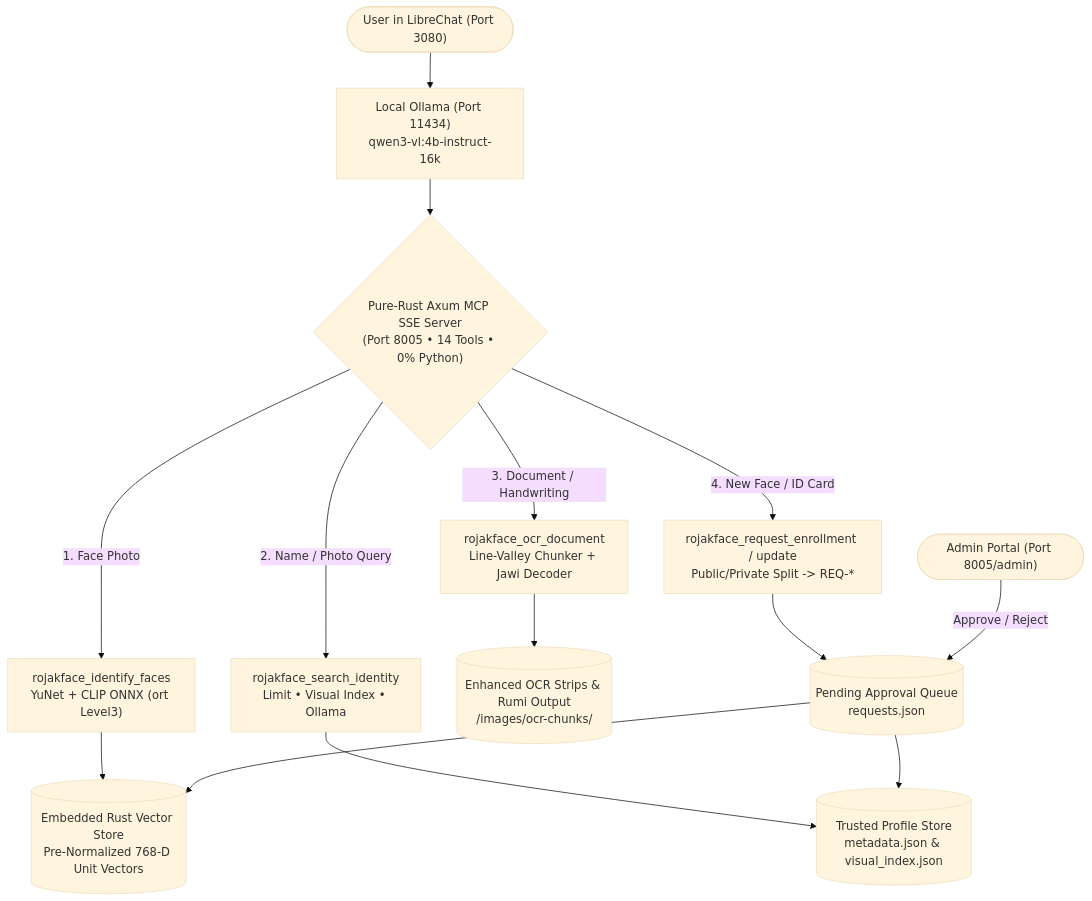
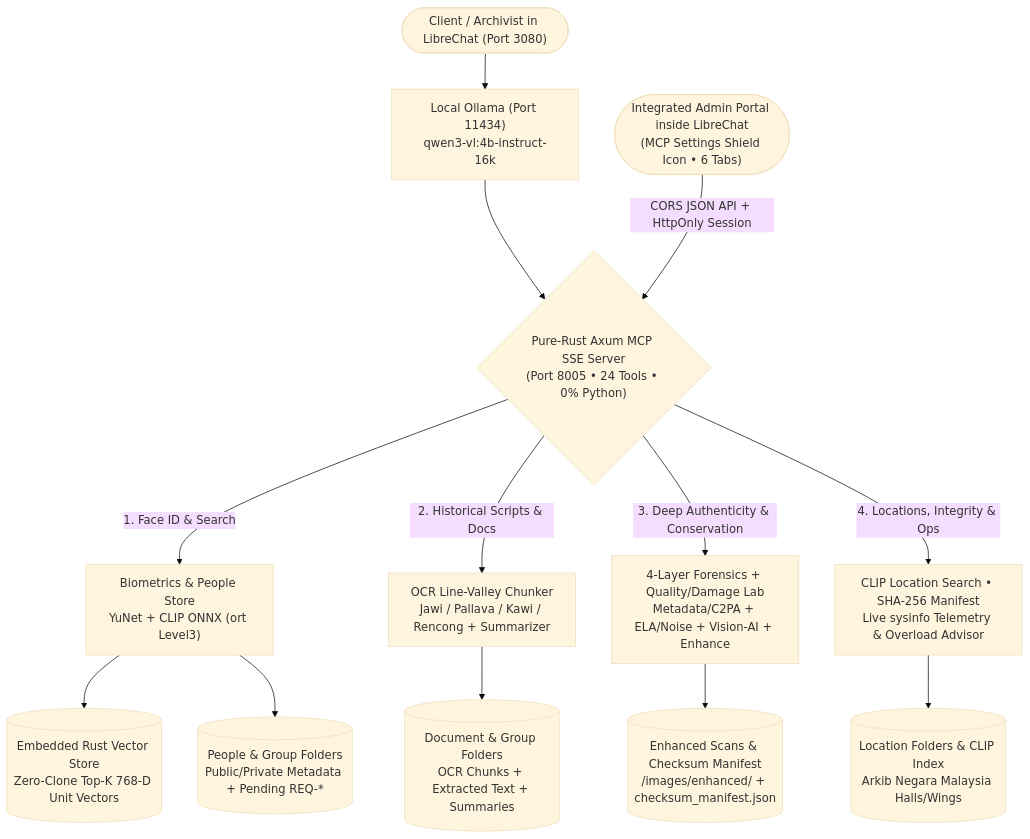
The diagram in README.md (Hamzahxvi/arkibvision), drawn with Mermaid (base theme) before and after one commit. The commit also changed other lines of this file and 11 other files, not shown here.

Commit message:
perf(core): optimize forensics I/O, vector top-K, async overlap, fix near-duplicate aHash & sync README

````diff
--- a/README.md
+++ b/README.md
@@ -54,21 +58,20 @@
 ```mermaid
 flowchart TD
-    User(["User in LibreChat (Port 3080)"])
-    Admin(["Admin Portal (Port 8005/admin)"])
+    User(["Client / Archivist in LibreChat (Port 3080)"])
+    Admin(["Integrated Admin Portal inside LibreChat\n(MCP Settings Shield Icon • 6 Tabs)"])
 
     User --> VLM["Local Ollama (Port 11434)\nqwen3-vl:4b-instruct-16k"]
-    VLM --> Router{"Pure-Rust Axum MCP SSE Server\n(Port 8005 • 14 Tools • 0% Python)"}
+    VLM --> Router{"Pure-Rust Axum MCP SSE Server\n(Port 8005 • 24 Tools • 0% Python)"}
+    Admin -->|"CORS JSON API + HttpOnly Session"| Router
 
-    Router -->|"1. Face Photo"| A1["rojakface_identify_faces\nYuNet + CLIP ONNX (ort Level3)"]
-    Router -->|"2. Name / Photo Query"| B1["rojakface_search_identity\nLimit • Visual Index • Ollama"]
-    Router -->|"3. Document / Handwriting"| C1["rojakface_ocr_document\nLine-Valley Chunker + Jawi Decoder"]
-    Router -->|"4. New Face / ID Card"| D1["rojakface_request_enrollment / update\nPublic/Private Split -> REQ-*"]
+    Router -->|"1. Face ID & Search"| A1["Biometrics & People Store\nYuNet + CLIP ONNX (ort Level3)"]
+    Router -->|"2. Historical Scripts & Docs"| B1["OCR Line-Valley Chunker\nJawi / Pallava / Kawi / Rencong + Summarizer"]
+    Router -->|"3. Deep Authenticity & Conservation"| C1["4-Layer Forensics + Quality/Damage Lab\nMetadata/C2PA + ELA/Noise + Vision-AI + Enhance"]
+    Router -->|"4. Locations, Integrity & Ops"| D1["CLIP Location Search • SHA-256 Manifest\nLive sysinfo Telemetry & Overload Advisor"]
 
-    A1 --> DB1[("Embedded Rust Vector Store\nPre-Normalized 768-D Unit Vectors")]
-    B1 --> DB2[("Trusted Profile Store\nmetadata.json & visual_index.json")]
-    C1 --> DB3[("Enhanced OCR Strips & Rumi Output\n/images/ocr-chunks/")]
-    D1 --> Q[("Pending Approval Queue\nrequests.json")]
-    Admin -->|"Approve / Reject"| Q
-    Q --> DB1
-    Q --> DB2
+    A1 --> DB1[("Embedded Rust Vector Store\nZero-Clone Top-K 768-D Unit Vectors")]
+    A1 --> DB2[("People & Group Folders\nPublic/Private Metadata + Pending REQ-*")]
+    B1 --> DB3[("Document & Group Folders\nOCR Chunks + Extracted Text + Summaries")]
+    C1 --> DB4[("Enhanced Scans & Checksum Manifest\n/images/enhanced/ + checksum_manifest.json")]
+    D1 --> DB5[("Location Folders & CLIP Index\nArkib Negara Malaysia Halls/Wings")]
 ```
````
